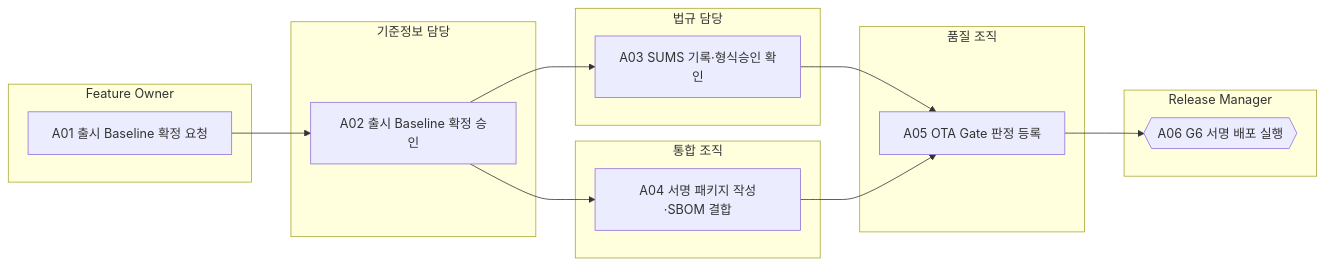
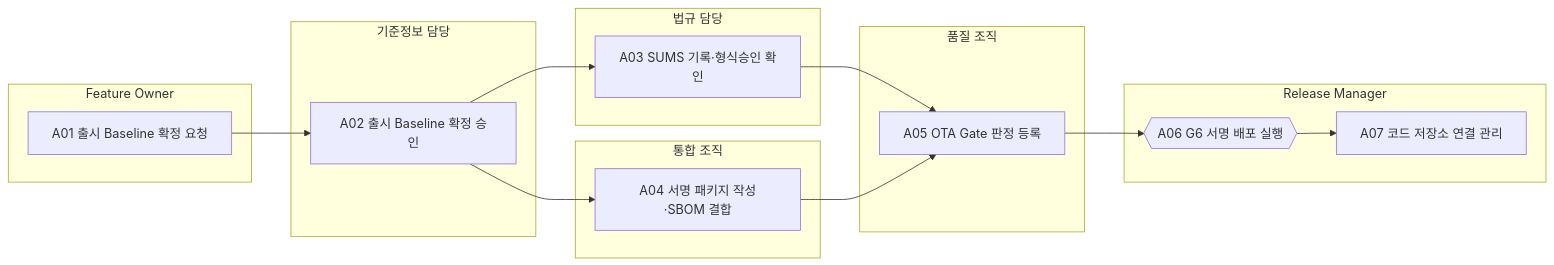
Before and after one commit to mutuuslab/feature-topology-platform: the diagram in docs/65-workflows/out/processes/FPW.6.md, drawn with Mermaid. The commit also changed other lines of this file and 125 other files, not shown here.

````diff
--- a/docs/65-workflows/out/processes/FPW.6.md
+++ b/docs/65-workflows/out/processes/FPW.6.md
@@ -26,27 +26,29 @@
 ```mermaid
 flowchart LR
   subgraph R_FO["Feature Owner"]
     FPW_6_A01["A01 출시 Baseline 확정 요청"]
   end
   subgraph R_PLM["기준정보 담당"]
     FPW_6_A02["A02 출시 Baseline 확정 승인"]
   end
   subgraph R_REG["법규 담당"]
     FPW_6_A03["A03 SUMS 기록·형식승인 확인"]
   end
   subgraph R_INT["통합 조직"]
     FPW_6_A04["A04 서명 패키지 작성·SBOM 결합"]
   end
   subgraph R_QA["품질 조직"]
     FPW_6_A05["A05 OTA Gate 판정 등록"]
   end
   subgraph R_REL["Release Manager"]
     FPW_6_A06{{"A06 G6 서명 배포 실행"}}
+    FPW_6_A07["A07 코드 저장소 연결 관리"]
   end
   FPW_6_A01 --> FPW_6_A02
   FPW_6_A02 --> FPW_6_A03
   FPW_6_A02 --> FPW_6_A04
   FPW_6_A03 --> FPW_6_A05
   FPW_6_A04 --> FPW_6_A05
   FPW_6_A05 --> FPW_6_A06
+  FPW_6_A06 --> FPW_6_A07
 ```
````
